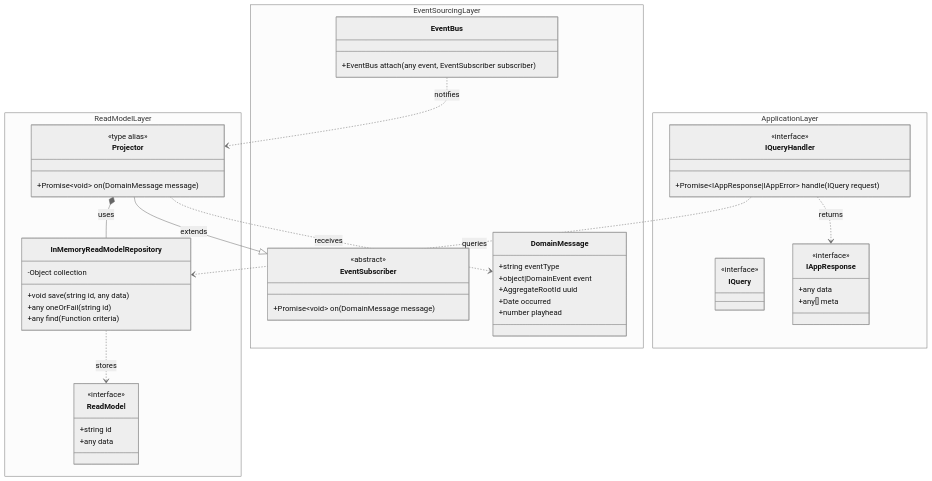
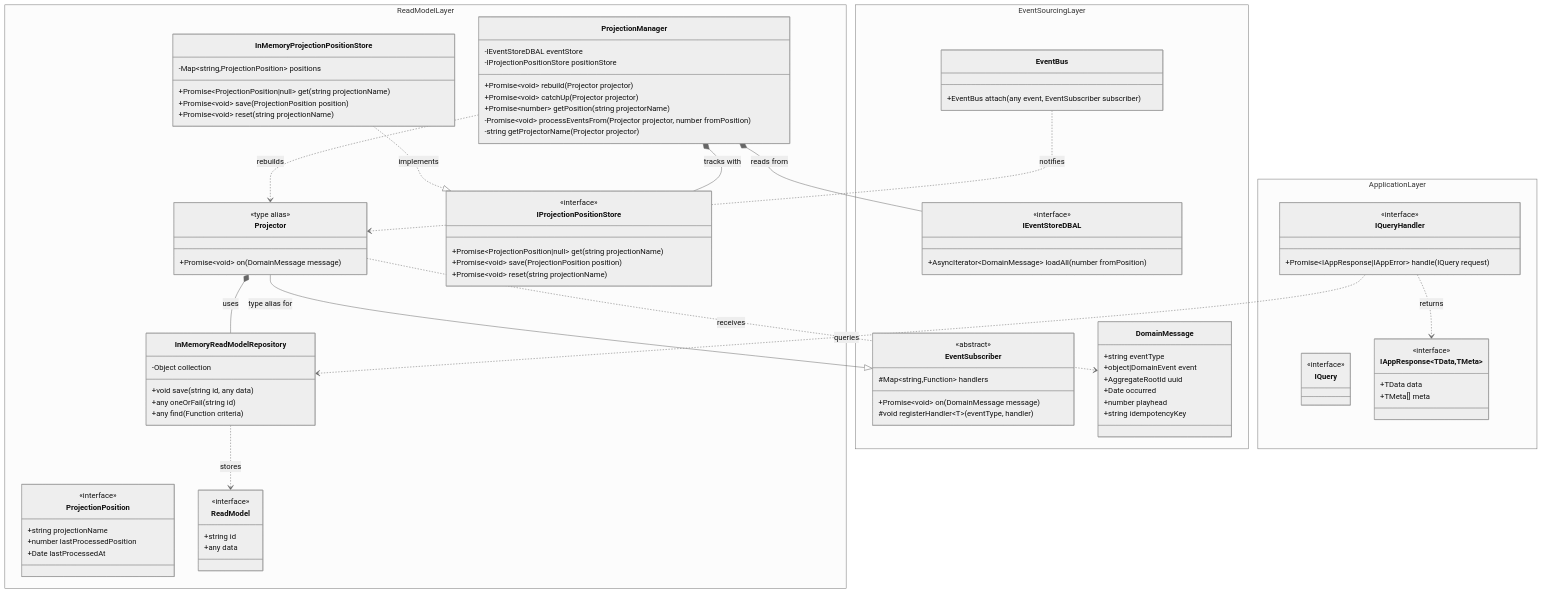
Before and after one commit to jorge07/hollywood: the first of 2 diagrams in docs/architecture/bounded-contexts/read-model-layer.md, drawn with Mermaid (neutral theme). The commit also changed other lines of this file and 17 other files, not shown here.

First line of the commit message:
Fix v6-beta integration issues and update architecture docs

```diff
--- a/docs/architecture/bounded-contexts/read-model-layer.md
+++ b/docs/architecture/bounded-contexts/read-model-layer.md
@@ -16,6 +23,39 @@
             <<type alias>>
             %% Type alias for EventSubscriber used in read model context
             +Promise~void~ on(DomainMessage message)
+        }
+
+        %% Projection Manager (v6)
+        class ProjectionManager {
+            -IEventStoreDBAL eventStore
+            -IProjectionPositionStore positionStore
+            +Promise~void~ rebuild(Projector projector)
+            +Promise~void~ catchUp(Projector projector)
+            +Promise~number~ getPosition(string projectorName)
+            -Promise~void~ processEventsFrom(Projector projector, number fromPosition)
+            -string getProjectorName(Projector projector)
+        }
+
+        %% Projection Position Store (v6)
+        class IProjectionPositionStore {
+            <<interface>>
+            +Promise~ProjectionPosition|null~ get(string projectionName)
+            +Promise~void~ save(ProjectionPosition position)
+            +Promise~void~ reset(string projectionName)
+        }
+
+        class InMemoryProjectionPositionStore {
+            -Map~string,ProjectionPosition~ positions
+            +Promise~ProjectionPosition|null~ get(string projectionName)
+            +Promise~void~ save(ProjectionPosition position)
+            +Promise~void~ reset(string projectionName)
+        }
+
+        class ProjectionPosition {
+            <<interface>>
+            +string projectionName
+            +number lastProcessedPosition
+            +Date lastProcessedAt
         }
 
         %% Read Model Repository
@@ -37,7 +77,9 @@
     namespace EventSourcingLayer {
         class EventSubscriber {
             <<abstract>>
+            #Map~string,Function~ handlers
             +Promise~void~ on(DomainMessage message)
+            #void registerHandler~T~(eventType, handler)
         }
 
         class DomainMessage {
@@ -46,10 +88,16 @@
             +AggregateRootId uuid
             +Date occurred
             +number playhead
+            +string idempotencyKey
         }
 
         class EventBus {
             +EventBus attach(any event, EventSubscriber subscriber)
+        }
+
+        class IEventStoreDBAL {
+            <<interface>>
+            +AsyncIterator~DomainMessage~ loadAll(number fromPosition)
         }
     }
 
@@ -63,22 +111,26 @@
             +Promise~IAppResponse|IAppError~ handle(IQuery request)
         }
 
-        class IAppResponse {
+        class IAppResponse~TData,TMeta~ {
             <<interface>>
-            +any data
-            +any[] meta
+            +TData data
+            +TMeta[] meta
         }
     }
 
     %% Inheritance
-    Projector --|> EventSubscriber : extends
+    Projector --|> EventSubscriber : type alias for
+    InMemoryProjectionPositionStore ..|> IProjectionPositionStore : implements
 
     %% Composition
     Projector *-- InMemoryReadModelRepository : uses
+    ProjectionManager *-- IEventStoreDBAL : reads from
+    ProjectionManager *-- IProjectionPositionStore : tracks with
 
     %% Dependencies
     Projector ..> DomainMessage : receives
     EventBus ..> Projector : notifies
+    ProjectionManager ..> Projector : rebuilds
     InMemoryReadModelRepository ..> ReadModel : stores
     IQueryHandler ..> InMemoryReadModelRepository : queries
     IQueryHandler ..> IAppResponse : returns
```
